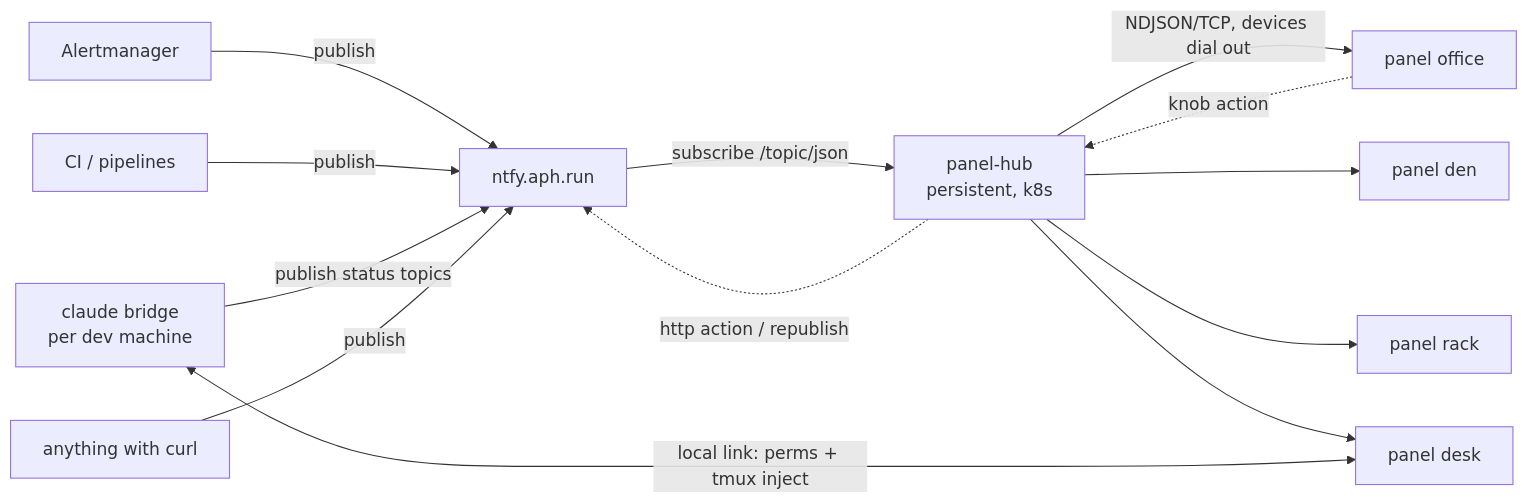
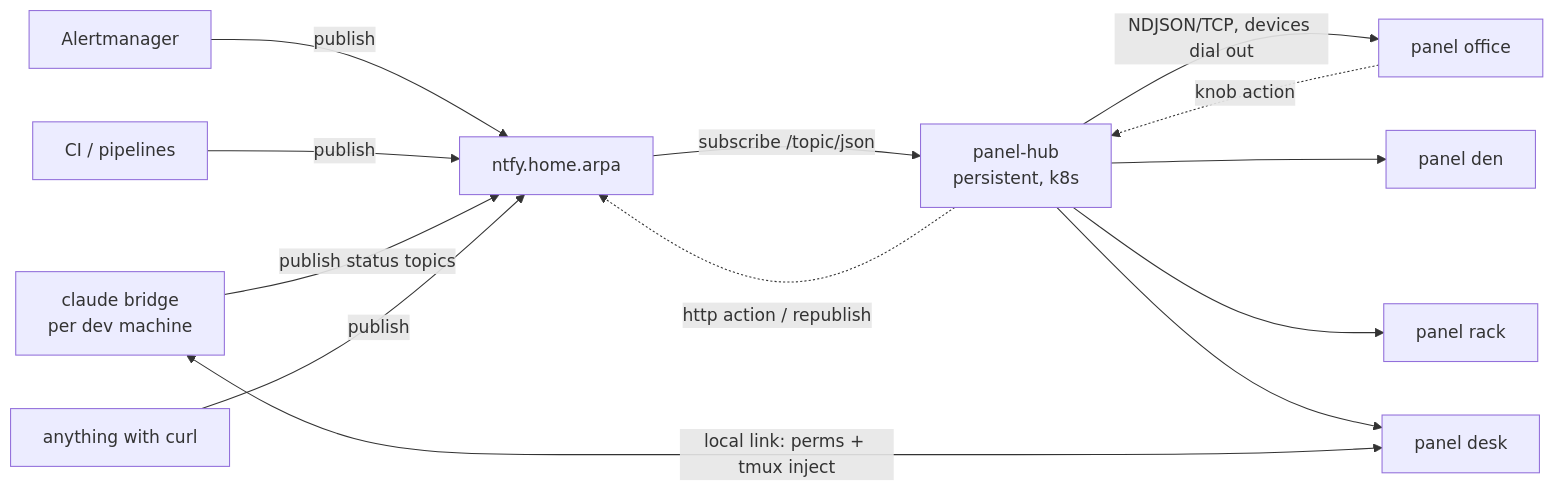
Before and after one commit to AnvilCortex/claudepanel: the diagram in docs/ntfy-integration.md, drawn with Mermaid. The commit also changed other lines of this file and 6 other files, not shown here.

````diff
--- a/docs/ntfy-integration.md
+++ b/docs/ntfy-integration.md
@@ -8,15 +8,15 @@
 ```mermaid
 flowchart LR
-  AM[Alertmanager] -->|publish| N[ntfy.aph.run]
+  AM[Alertmanager] -->|publish| N[ntfy.home.arpa]
   CI[CI / pipelines] -->|publish| N
   CC[claude bridge<br/>per dev machine] -->|publish status topics| N
   APP[anything with curl] -->|publish| N
   N -->|subscribe /topic/json| H[panel-hub<br/>persistent, k8s]
   H -->|NDJSON/TCP, devices dial out| D1[panel office]
   H --> D2[panel den]
   H --> D3[panel rack]
   H --> D4[panel desk]
   D1 -.->|knob action| H
   H -.->|http action / republish| N
   CC <-->|local link: perms + tmux inject| D4
 ```
````
